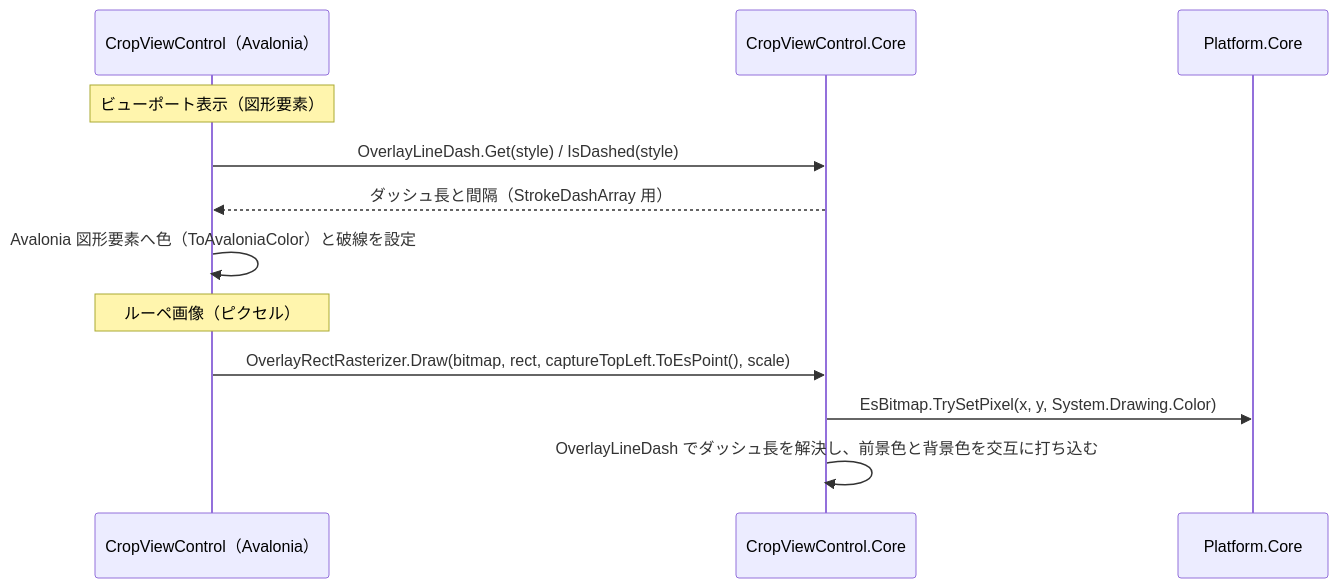
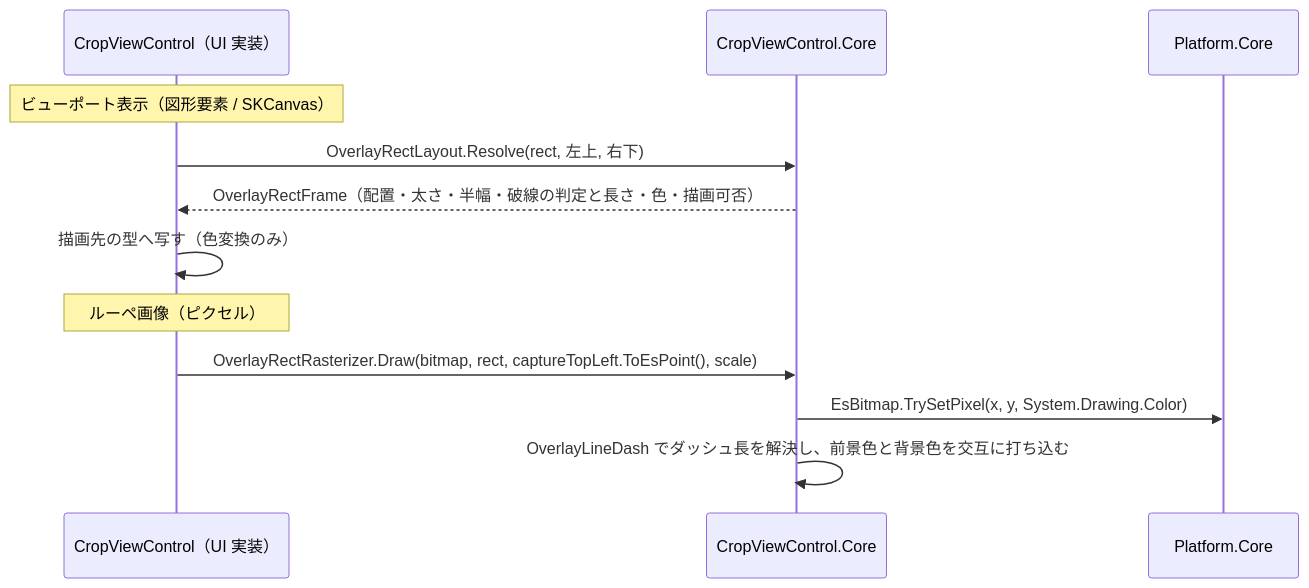
One commit to tomokuni/SaveEvidence changed the second of 2 diagrams in src/CropViewControl.Core/SPEC_System.md. Above: the diagram before and after it, drawn with Mermaid. The commit also changed other lines of this file and 226 other files, not shown here.

````diff
--- a/src/CropViewControl.Core/SPEC_System.md
+++ b/src/CropViewControl.Core/SPEC_System.md
@@ -37,16 +39,16 @@
 ```mermaid
 sequenceDiagram
-  participant UI as CropViewControl（Avalonia）
+  participant UI as CropViewControl（UI 実装）
   participant Core as CropViewControl.Core
   participant PF as Platform.Core
 
-  Note over UI: ビューポート表示（図形要素）
-  UI->>Core: OverlayLineDash.Get(style) / IsDashed(style)
-  Core-->>UI: ダッシュ長と間隔（StrokeDashArray 用）
-  UI->>UI: Avalonia 図形要素へ色（ToAvaloniaColor）と破線を設定
+  Note over UI: ビューポート表示（図形要素 / SKCanvas）
+  UI->>Core: OverlayRectLayout.Resolve(rect, 左上, 右下)
+  Core-->>UI: OverlayRectFrame（配置・太さ・半幅・破線の判定と長さ・色・描画可否）
+  UI->>UI: 描画先の型へ写す（色変換のみ）
 
   Note over UI: ルーペ画像（ピクセル）
   UI->>Core: OverlayRectRasterizer.Draw(bitmap, rect, captureTopLeft.ToEsPoint(), scale)
   Core->>PF: EsBitmap.TrySetPixel(x, y, System.Drawing.Color)
   Core->>Core: OverlayLineDash でダッシュ長を解決し、前景色と背景色を交互に打ち込む
 ```
````
